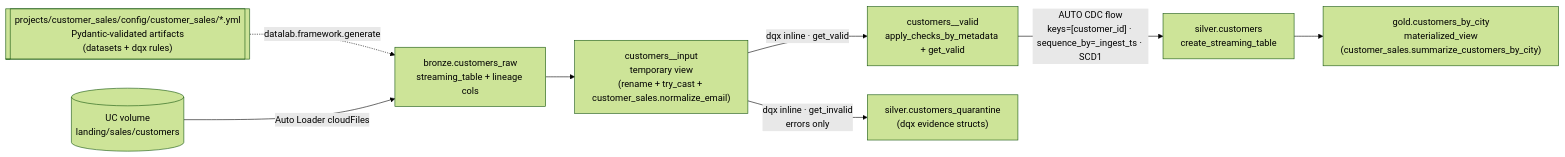
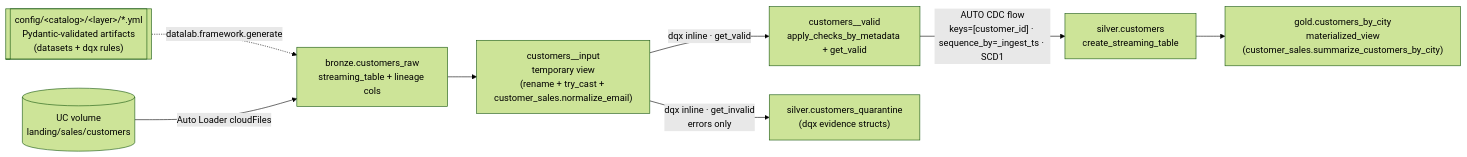
One commit to Vegash09/Demo_Lab changed the fourth of 6 diagrams in docs/ARCHITECTURE.md. Above: the diagram before and after it, drawn with Mermaid (forest theme). The commit also changed other lines of this file and 19 other files, not shown here.

````diff
--- a/docs/ARCHITECTURE.md
+++ b/docs/ARCHITECTURE.md
@@ -87,10 +91,10 @@
 ```mermaid
 flowchart LR
-    YML[["projects/customer_sales/config/customer_sales/*.yml<br/>Pydantic-validated artifacts<br/>(datasets + dqx rules)"]] -.->|"datalab.framework.generate"| BR
+    YML[["config/&lt;catalog&gt;/&lt;layer&gt;/*.yml<br/>Pydantic-validated artifacts<br/>(datasets + dqx rules)"]] -.->|"datalab.framework.generate"| BR
     LAND[("UC volume<br/>landing/sales/customers")] -->|"Auto Loader cloudFiles"| BR["bronze.customers_raw<br/>streaming_table + lineage cols"]
     BR --> IN["customers__input<br/>temporary view<br/>(rename + try_cast + customer_sales.normalize_email)"]
     IN -->|"dqx inline · get_valid"| VAL["customers__valid<br/>apply_checks_by_metadata + get_valid"]
     IN -->|"dqx inline · get_invalid<br/>errors only"| QUAR["silver.customers_quarantine<br/>(dqx evidence structs)"]
     VAL -->|"AUTO CDC flow<br/>keys=[customer_id] · sequence_by=_ingest_ts · SCD1"| SIL["silver.customers<br/>create_streaming_table"]
     SIL --> GOLD["gold.customers_by_city<br/>materialized_view<br/>(customer_sales.summarize_customers_by_city)"]
 ```
````
